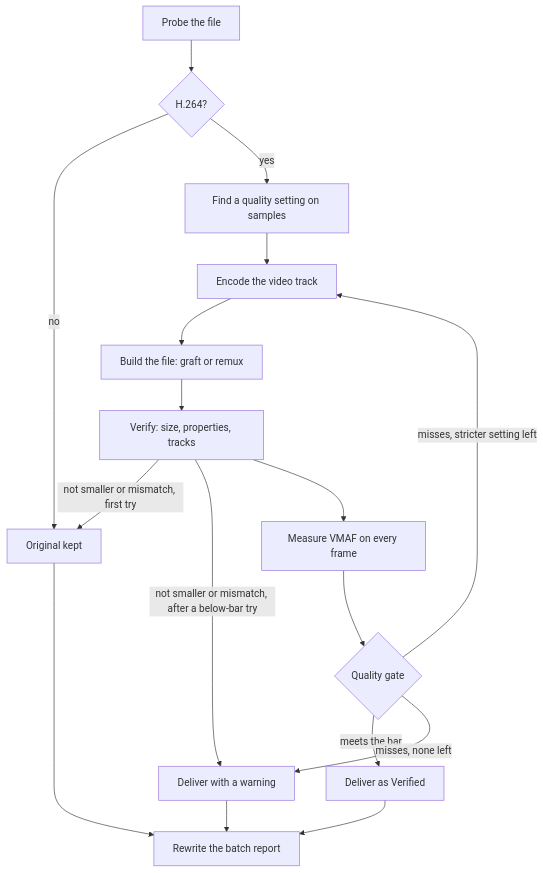
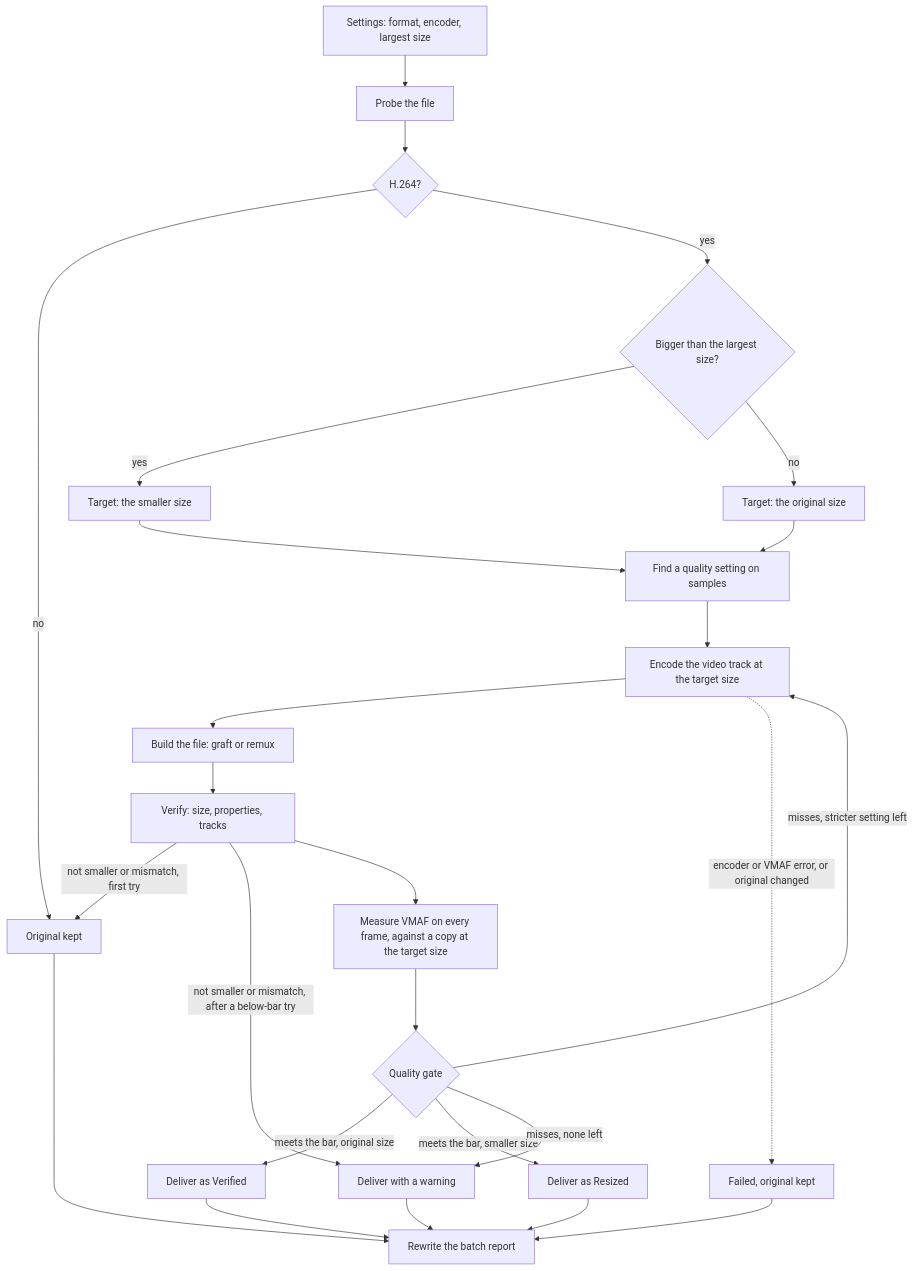
The diagram in docs/internals/index.md (BartVG/ClipShrink), drawn with Mermaid before and after one commit. The commit also changed other lines of this file and 1 other file, not shown here.

Commit message:
Docs: show settings, shrinking and failures in the pipeline flowcharts
The How it works and Quality charts only described the default path. They
now show the choices from Settings, the optional shrink, the comparison at
the target size, the Resized result and the Failed path.

````diff
--- a/docs/internals/index.md
+++ b/docs/internals/index.md
@@ -25,19 +25,28 @@
 ```mermaid
 flowchart TD
-    A["Probe the file"] --> B{"H.264?"}
+    S["Settings: format, encoder, largest size"] --> A["Probe the file"]
+    A --> B{"H.264?"}
     B -- no --> K["Original kept"]
-    B -- yes --> C["Find a quality setting on samples"]
-    C --> D["Encode the video track"]
+    B -- yes --> T{"Bigger than the largest size?"}
+    T -- yes --> U["Target: the smaller size"]
+    T -- no --> V["Target: the original size"]
+    U --> C["Find a quality setting on samples"]
+    V --> C
+    C --> D["Encode the video track at the target size"]
     D --> E["Build the file: graft or remux"]
     E --> F["Verify: size, properties, tracks"]
     F -- "not smaller or mismatch, first try" --> K
     F -- "not smaller or mismatch, after a below-bar try" --> J
-    F --> G["Measure VMAF on every frame"]
+    F --> G["Measure VMAF on every frame, against a copy at the target size"]
     G --> H{"Quality gate"}
-    H -- "meets the bar" --> I["Deliver as Verified"]
+    H -- "meets the bar, original size" --> I["Deliver as Verified"]
+    H -- "meets the bar, smaller size" --> R["Deliver as Resized"]
     H -- "misses, stricter setting left" --> D
     H -- "misses, none left" --> J["Deliver with a warning"]
+    D -. "encoder or VMAF error, or original changed" .-> X["Failed, original kept"]
     I --> L["Rewrite the batch report"]
+    R --> L
     J --> L
     K --> L
+    X --> L
 ```
````
